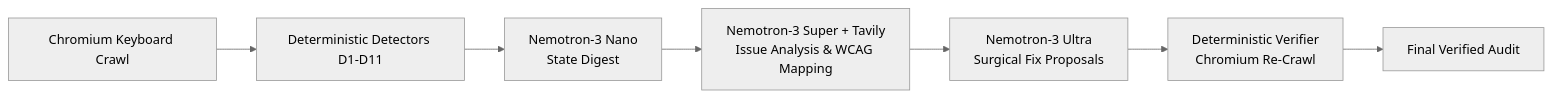
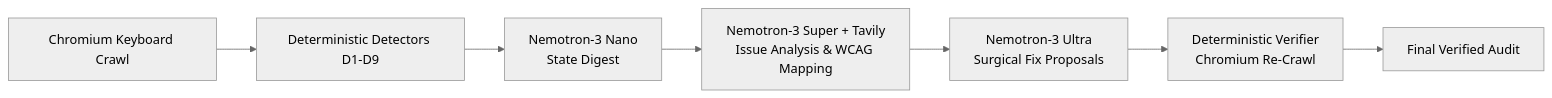
Before and after one commit to Srinjoy12/BlindSpot-AI-agent-that-fixes-keyboard-and-screen-reader-accessibility: the diagram in docs/benchmark-results.md, drawn with Mermaid (neutral theme). The commit also changed other lines of this file and 198 other files, not shown here.

````diff
--- a/docs/benchmark-results.md
+++ b/docs/benchmark-results.md
@@ -65,9 +147,9 @@
 ```mermaid
 flowchart LR
-    A[Chromium Keyboard Crawl] --> B[Deterministic Detectors D1-D11]
+    A[Chromium Keyboard Crawl] --> B[Deterministic Detectors D1-D9]
     B --> C[Nemotron-3 Nano\nState Digest]
     C --> D[Nemotron-3 Super + Tavily\nIssue Analysis & WCAG Mapping]
     D --> E[Nemotron-3 Ultra\nSurgical Fix Proposals]
     E --> F[Deterministic Verifier\nChromium Re-Crawl]
     F --> G[Final Verified Audit]
 ```
````
